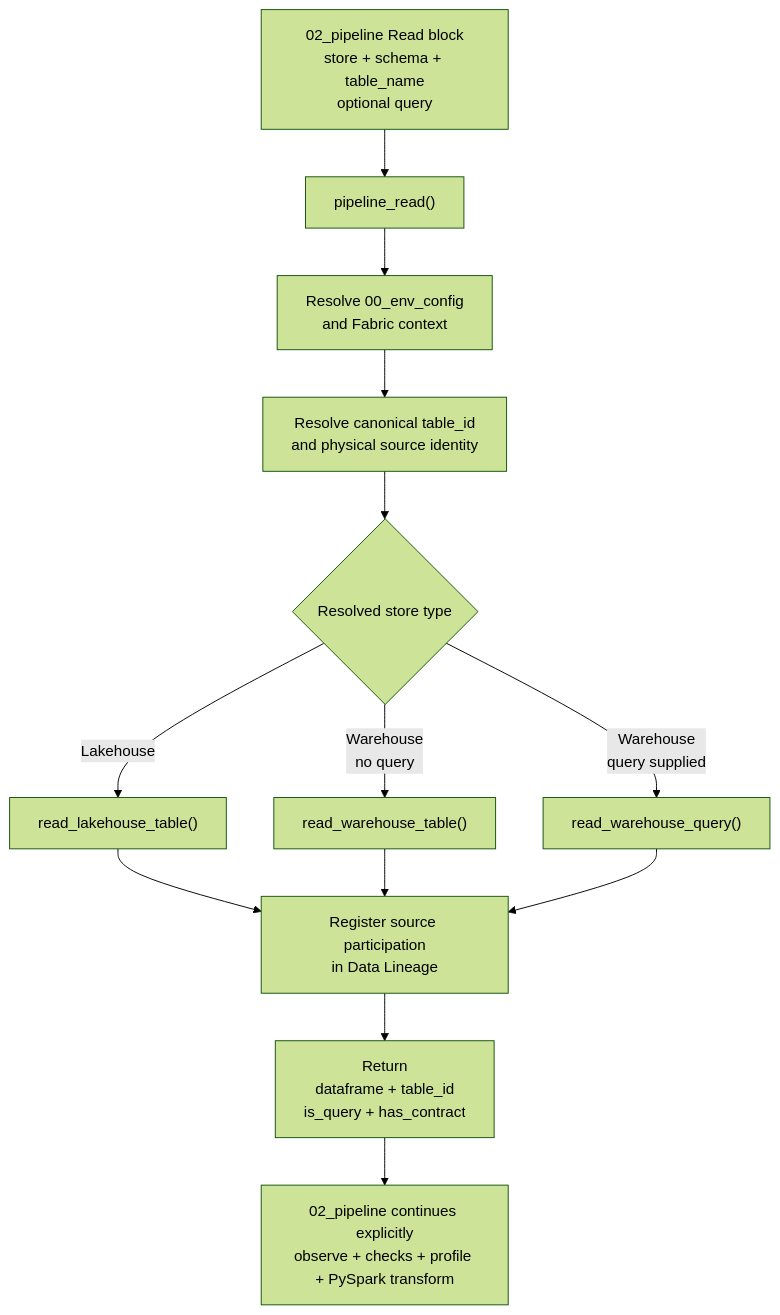
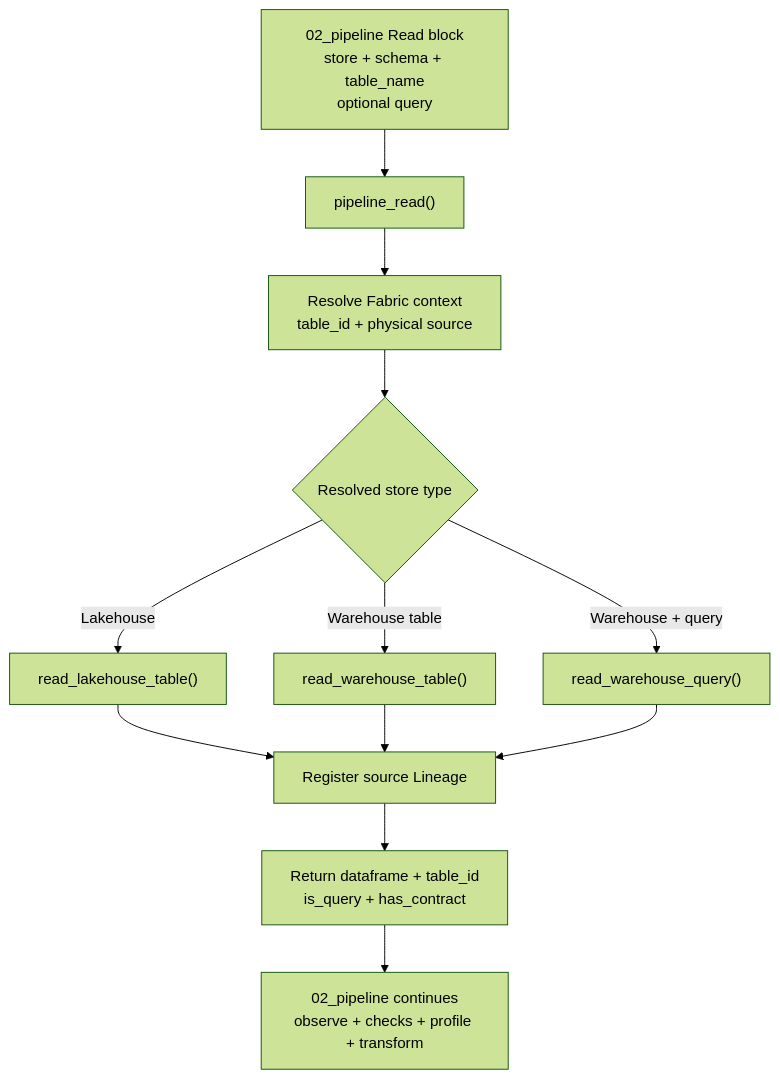
The second of 4 diagrams in docs/how-fabricops-works.md (Voycepeh/FabricOps-Starter-Kit), drawn with Mermaid (forest theme) before and after one commit. The commit also changed other lines of this file, not shown here.

Commit message:
Unify engineering flow around pipeline abstractions

````diff
--- a/docs/how-fabricops-works.md
+++ b/docs/how-fabricops-works.md
@@ -100,19 +128,17 @@
 ```mermaid
 flowchart TD
-    NB["02_pipeline Read block<br/>store + schema + table_name<br/>optional query"] --> PR["pipeline_read()"]
-
-    PR --> CTX["Resolve 00_env_config<br/>and Fabric context"]
-    CTX --> ID["Resolve canonical table_id<br/>and physical source identity"]
+    INPUT["02_pipeline Read block<br/>store + schema + table_name<br/>optional query"] --> PR["pipeline_read()"]
+    PR --> ID["Resolve Fabric context<br/>table_id + physical source"]
     ID --> KIND{"Resolved store type"}
 
     KIND -->|Lakehouse| LH["read_lakehouse_table()"]
-    KIND -->|Warehouse<br/>no query| WT["read_warehouse_table()"]
-    KIND -->|Warehouse<br/>query supplied| WQ["read_warehouse_query()"]
+    KIND -->|Warehouse table| WT["read_warehouse_table()"]
+    KIND -->|Warehouse + query| WQ["read_warehouse_query()"]
 
-    LH --> LIN["Register source participation<br/>in Data Lineage"]
+    LH --> LIN["Register source Lineage"]
     WT --> LIN
     WQ --> LIN
 
-    LIN --> OUT["Return<br/>dataframe + table_id<br/>is_query + has_contract"]
-    OUT --> EXPLICIT["02_pipeline continues explicitly<br/>observe + checks + profile + PySpark transform"]
+    LIN --> OUT["Return dataframe + table_id<br/>is_query + has_contract"]
+    OUT --> EXPLICIT["02_pipeline continues<br/>observe + checks + profile + transform"]
 ```
````
